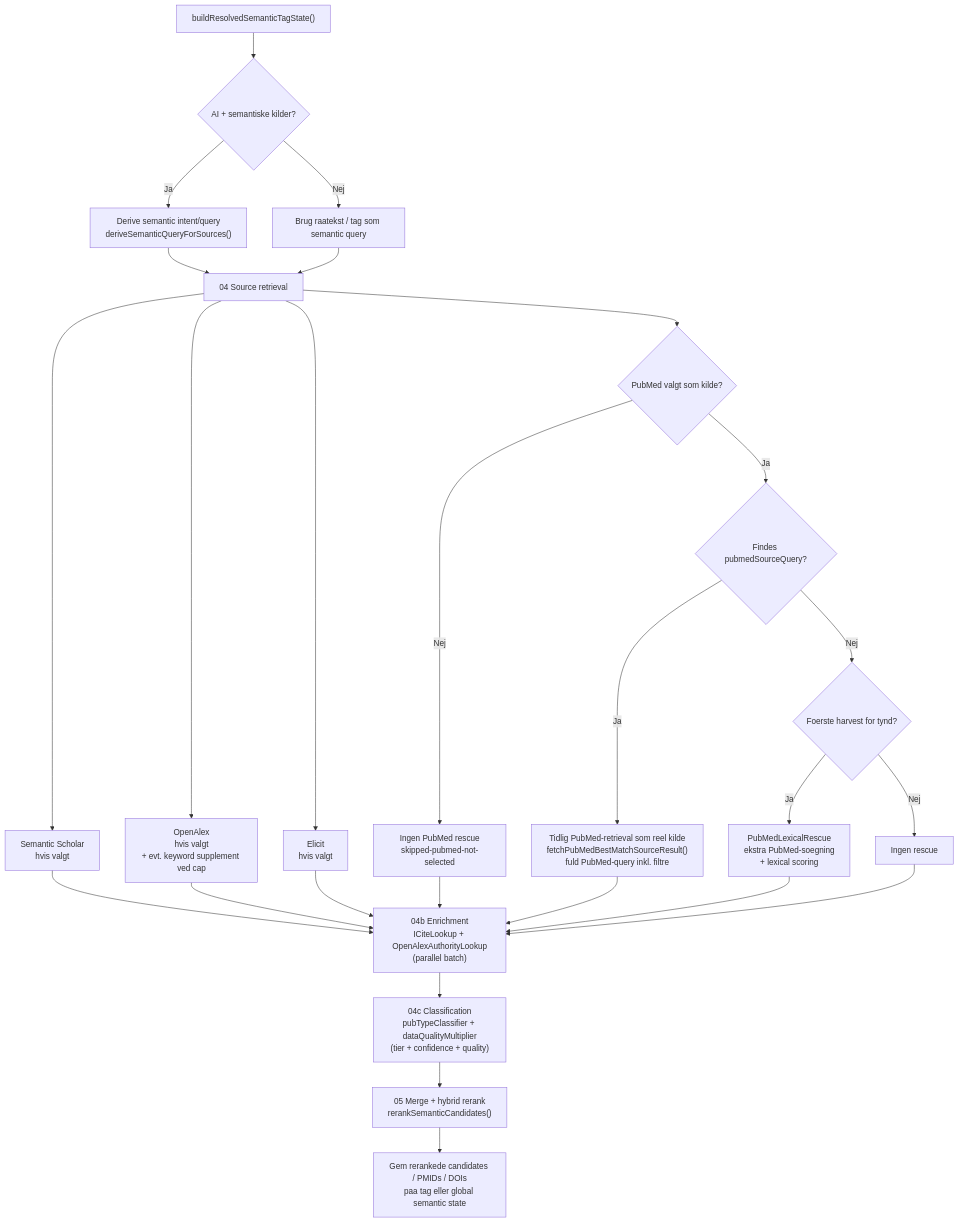
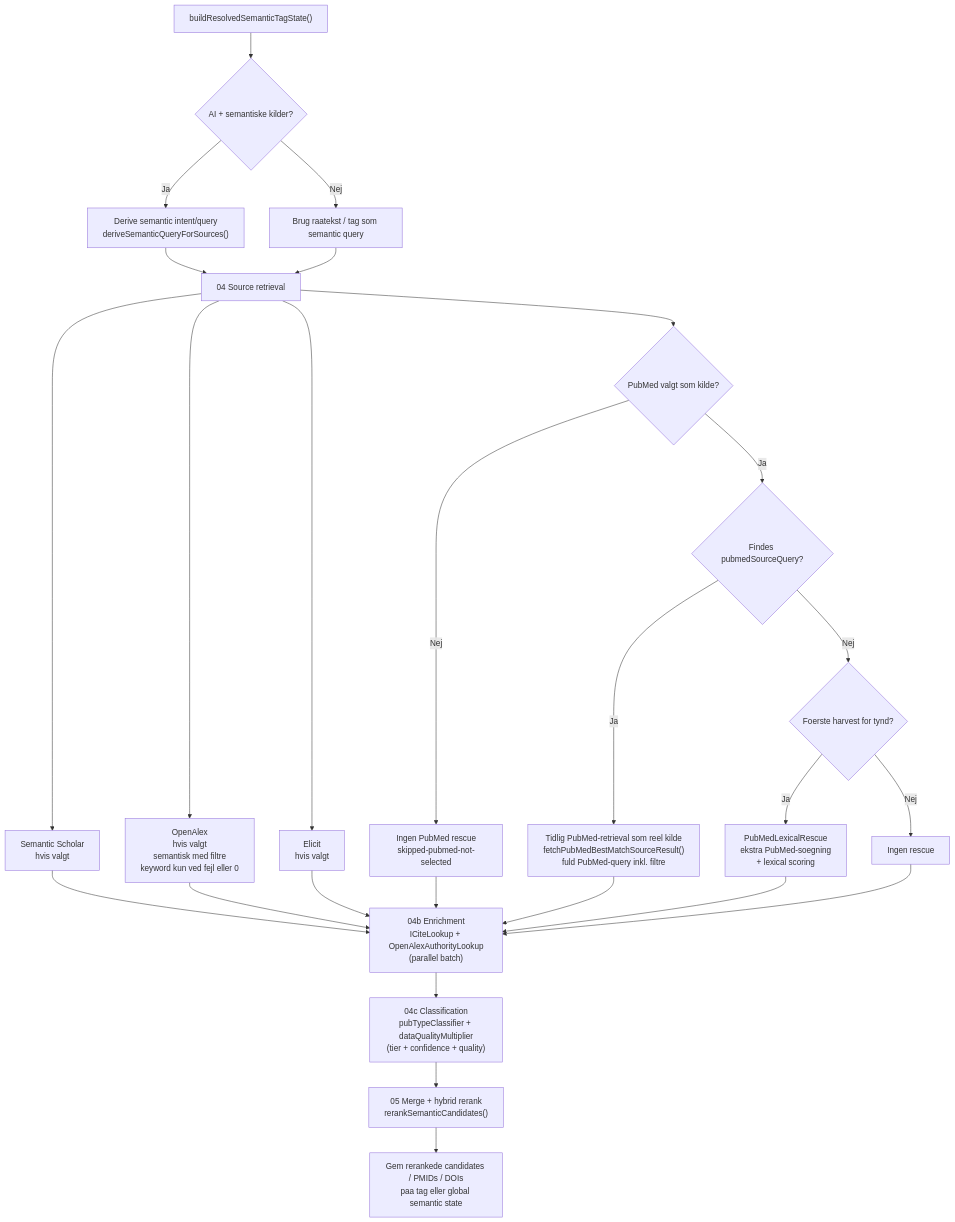
The third of 7 diagrams in backend/docs/search-flow-diagram.md (danishdiabetesknowledgecenter/QuickPubMed), drawn with Mermaid before and after one commit. The commit also changed other lines of this file and 39 other files, not shown here.

````diff
--- a/backend/docs/search-flow-diagram.md
+++ b/backend/docs/search-flow-diagram.md
@@ -74,37 +74,37 @@
 ```mermaid
 flowchart TD
   A["buildResolvedSemanticTagState()"] --> B{"AI + semantiske kilder?"}
 
   B -- "Ja" --> C["Derive semantic intent/query<br/>deriveSemanticQueryForSources()"]
   B -- "Nej" --> D["Brug raatekst / tag som semantic query"]
 
   C --> E["04 Source retrieval"]
   D --> E
 
   E --> SS["Semantic Scholar<br/>hvis valgt"]
-  E --> OA["OpenAlex<br/>hvis valgt<br/>+ evt. keyword supplement ved cap"]
+  E --> OA["OpenAlex<br/>hvis valgt<br/>semantisk med filtre<br/>keyword kun ved fejl eller 0"]
   E --> EL["Elicit<br/>hvis valgt"]
 
   E --> PM{"PubMed valgt som kilde?"}
 
   PM -- "Nej" --> PM0["Ingen PubMed rescue<br/>skipped-pubmed-not-selected"]
 
   PM -- "Ja" --> PM1{"Findes pubmedSourceQuery?"}
   PM1 -- "Ja" --> PM2["Tidlig PubMed-retrieval som reel kilde<br/>fetchPubMedBestMatchSourceResult()<br/>fuld PubMed-query inkl. filtre"]
   PM1 -- "Nej" --> PM3{"Foerste harvest for tynd?"}
 
   PM3 -- "Ja" --> PM4["PubMedLexicalRescue<br/>ekstra PubMed-soegning<br/>+ lexical scoring"]
   PM3 -- "Nej" --> PM5["Ingen rescue"]
 
   SS --> EN["04b Enrichment<br/>ICiteLookup + OpenAlexAuthorityLookup<br/>(parallel batch)"]
   OA --> EN
   EL --> EN
   PM0 --> EN
   PM2 --> EN
   PM4 --> EN
   PM5 --> EN
 
   EN --> CL["04c Classification<br/>pubTypeClassifier + dataQualityMultiplier<br/>(tier + confidence + quality)"]
   CL --> M["05 Merge + hybrid rerank<br/>rerankSemanticCandidates()"]
   M --> N["Gem rerankede candidates / PMIDs / DOIs<br/>paa tag eller global semantic state"]
 ```
````
